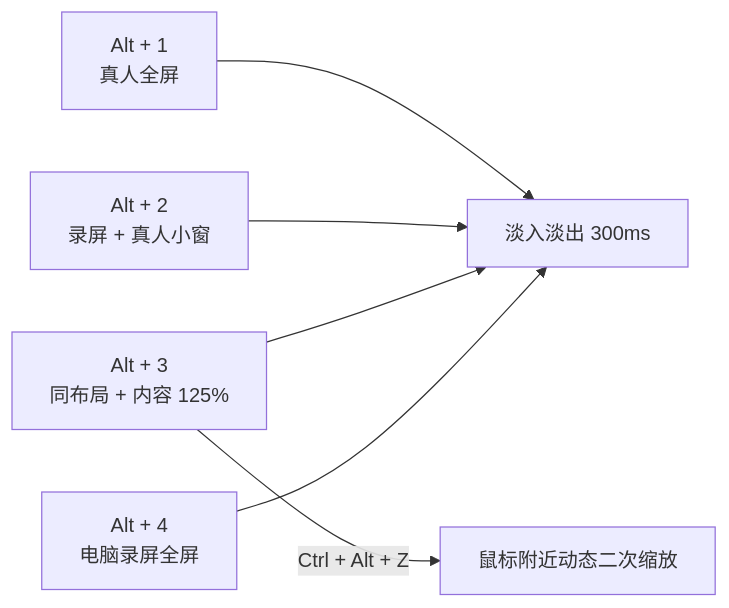
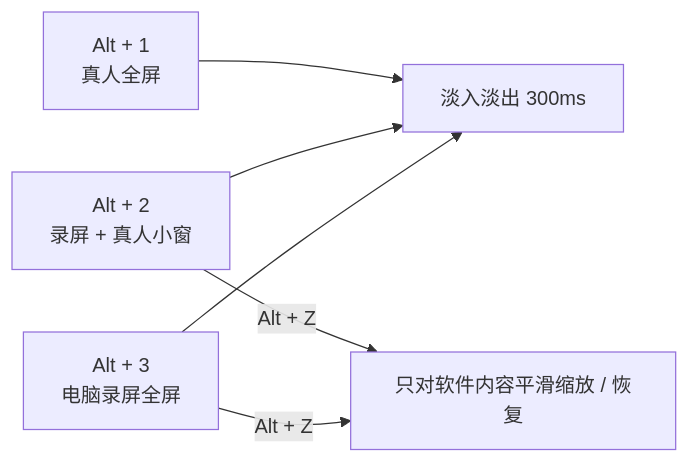
One commit to jedliuai/OBS-talk-demo-studio changed the diagram in README.md. Above: the diagram before and after it, drawn with Mermaid. The commit also changed other lines of this file and 19 other files, not shown here.

````diff
--- a/README.md
+++ b/README.md
@@ -51,8 +50,8 @@
 ```mermaid
 flowchart LR
     A[Alt + 1\n真人全屏] --> T[淡入淡出 300ms]
     B[Alt + 2\n录屏 + 真人小窗] --> T
-    C[Alt + 3\n同布局 + 内容 125%] --> T
-    D[Alt + 4\n电脑录屏全屏] --> T
-    C -->|Ctrl + Alt + Z| E[鼠标附近动态二次缩放]
+    C[Alt + 3\n电脑录屏全屏] --> T
+    B -->|Alt + Z| E[只对软件内容平滑缩放 / 恢复]
+    C -->|Alt + Z| E
 ```
````
